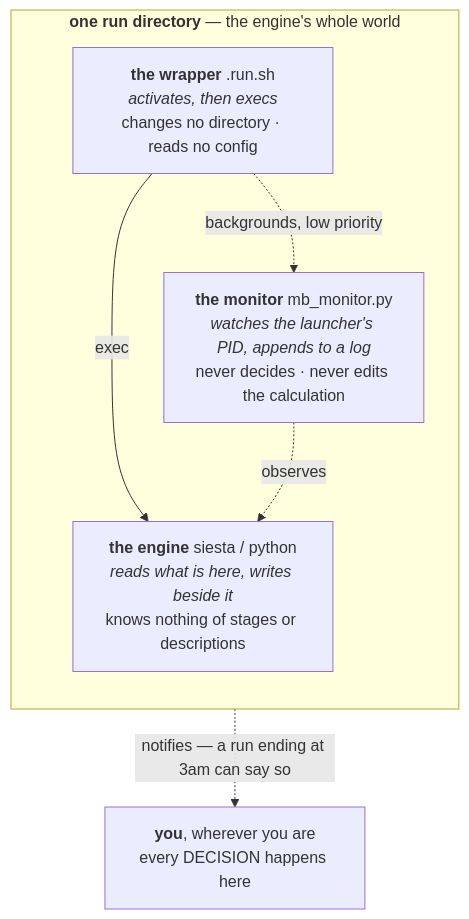
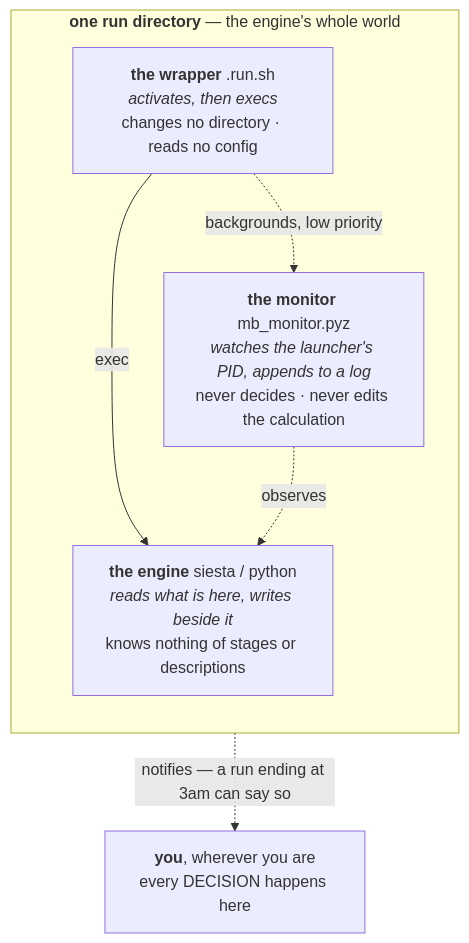
One commit to Qing-LAB/molbuilder changed the first of 3 diagrams in docs/execution/job-contracts.md. Above: the diagram before and after it, drawn with Mermaid. The commit also changed other lines of this file and 111 other files, not shown here.

````diff
--- a/docs/execution/job-contracts.md
+++ b/docs/execution/job-contracts.md
@@ -247,14 +249,14 @@
 ```mermaid
 flowchart TB
     subgraph DIR["<b>one run directory</b> — the engine's whole world"]
       direction TB
       W["<b>the wrapper</b> .run.sh<br/><i>activates, then execs</i><br/>changes no directory · reads no config"]
       E["<b>the engine</b> siesta / python<br/><i>reads what is here, writes beside it</i><br/>knows nothing of stages or descriptions"]
-      M["<b>the monitor</b> mb_monitor.py<br/><i>watches the launcher's PID, appends to a log</i><br/>never decides · never edits the calculation"]
+      M["<b>the monitor</b> mb_monitor.pyz<br/><i>watches the launcher's PID, appends to a log</i><br/>never decides · never edits the calculation"]
       W -->|"exec"| E
       W -.->|"backgrounds, low priority"| M
       M -.->|"observes"| E
     end
     U["<b>you</b>, wherever you are<br/>every DECISION happens here"]
     M -.->|"notifies — a run ending at 3am can say so"| U
 ```
````
